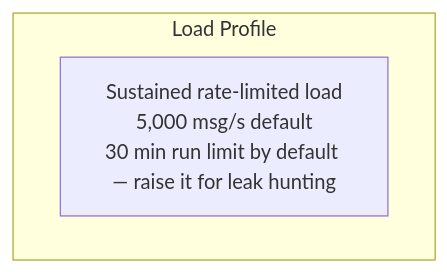
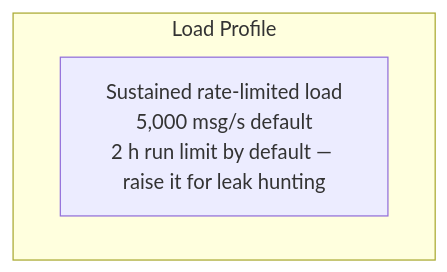
One commit to actions-marketplace-validations/bmscomp_kates changed the sixth of 8 diagrams in docs/book/05-test-types.md. Above: the diagram before and after it, drawn with Mermaid. The commit also changed other lines of this file and 22 other files, not shown here.

````diff
--- a/docs/book/05-test-types.md
+++ b/docs/book/05-test-types.md
@@ -222,7 +222,7 @@
 ```mermaid
 graph LR
     subgraph Endurance["Load Profile"]
         direction LR
-        E1["Sustained rate-limited load<br/>5,000 msg/s default<br/>30 min run limit by default — raise it for leak hunting"]
+        E1["Sustained rate-limited load<br/>5,000 msg/s default<br/>2 h run limit by default — raise it for leak hunting"]
     end
 ```
````
